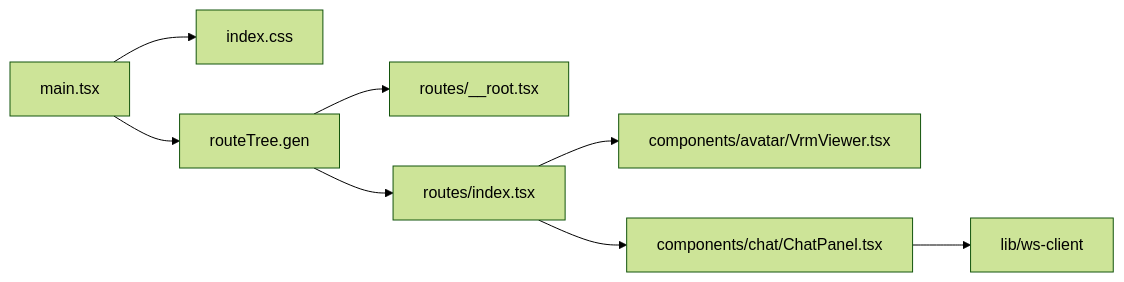
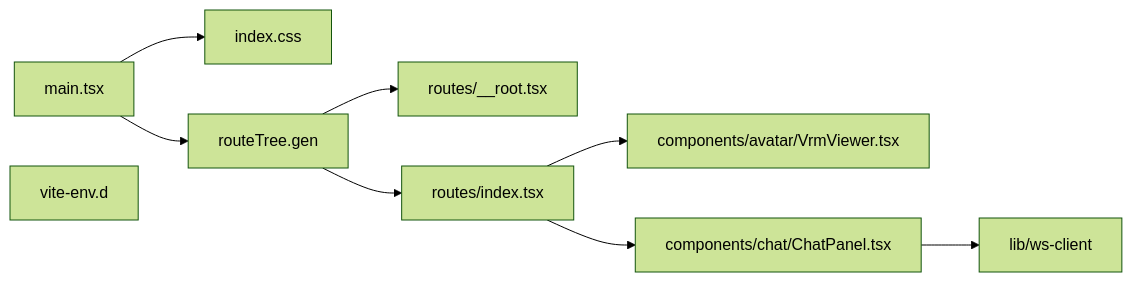
The diagram in apps/web/DEPS.md (OJII3/vicissitude), drawn with Mermaid (forest theme) before and after one commit. The commit also changed other lines of this file and 10 other files, not shown here.

````diff
--- a/apps/web/DEPS.md
+++ b/apps/web/DEPS.md
@@ -7,14 +7,15 @@
 ```mermaid
 graph LR
   components_avatar_VrmViewer.tsx["components/avatar/VrmViewer.tsx"]
   components_chat_ChatPanel.tsx["components/chat/ChatPanel.tsx"] --> lib_ws_client["lib/ws-client"]
   index.css
   lib_ws_client["lib/ws-client"]
   main.tsx --> index.css
   main.tsx --> routeTree.gen
   routeTree.gen --> routes___root.tsx["routes/__root.tsx"]
   routeTree.gen --> routes_index.tsx["routes/index.tsx"]
   routes___root.tsx["routes/__root.tsx"]
   routes_index.tsx["routes/index.tsx"] --> components_avatar_VrmViewer.tsx["components/avatar/VrmViewer.tsx"]
   routes_index.tsx["routes/index.tsx"] --> components_chat_ChatPanel.tsx["components/chat/ChatPanel.tsx"]
+  vite_env.d["vite-env.d"]
 ```
````
